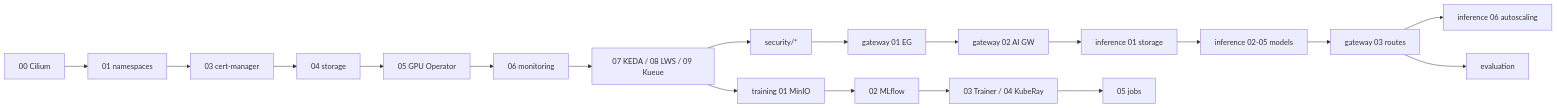
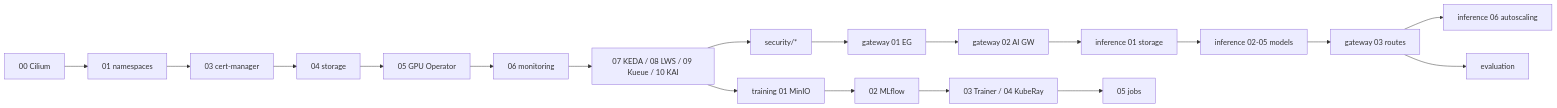
The diagram in docs/04-install-runbook.md (deepak-muley/scalable-oss-ai-infra), drawn with Mermaid before and after one commit. The commit also changed other lines of this file and 35 other files, not shown here.

First line of the commit message:
Add KAI Scheduler so GPU placement can be taught beside Kueue.

````diff
--- a/docs/04-install-runbook.md
+++ b/docs/04-install-runbook.md
@@ -6,11 +6,11 @@
 ```mermaid
 flowchart LR
   A[00 Cilium] --> B[01 namespaces] --> C[03 cert-manager] --> D[04 storage]
-  D --> E[05 GPU Operator] --> F[06 monitoring] --> G[07 KEDA / 08 LWS / 09 Kueue]
+  D --> E[05 GPU Operator] --> F[06 monitoring] --> G[07 KEDA / 08 LWS / 09 Kueue / 10 KAI]
   G --> S[security/*]
   S --> H[gateway 01 EG] --> I[gateway 02 AI GW]
   I --> J[inference 01 storage] --> K[inference 02-05 models] --> L[gateway 03 routes]
   L --> M[inference 06 autoscaling]
   G --> N[training 01 MinIO] --> O[02 MLflow] --> P[03 Trainer / 04 KubeRay] --> Q[05 jobs]
   L --> R[evaluation]
 ```
````
